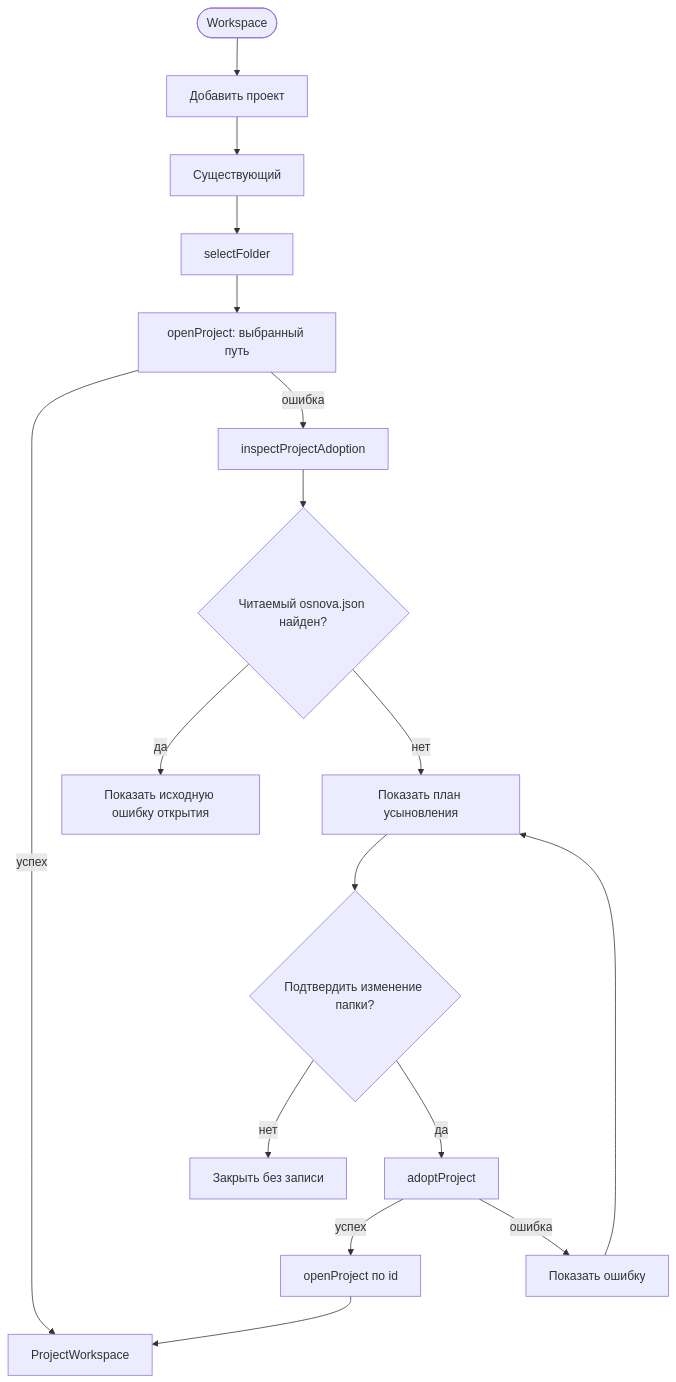
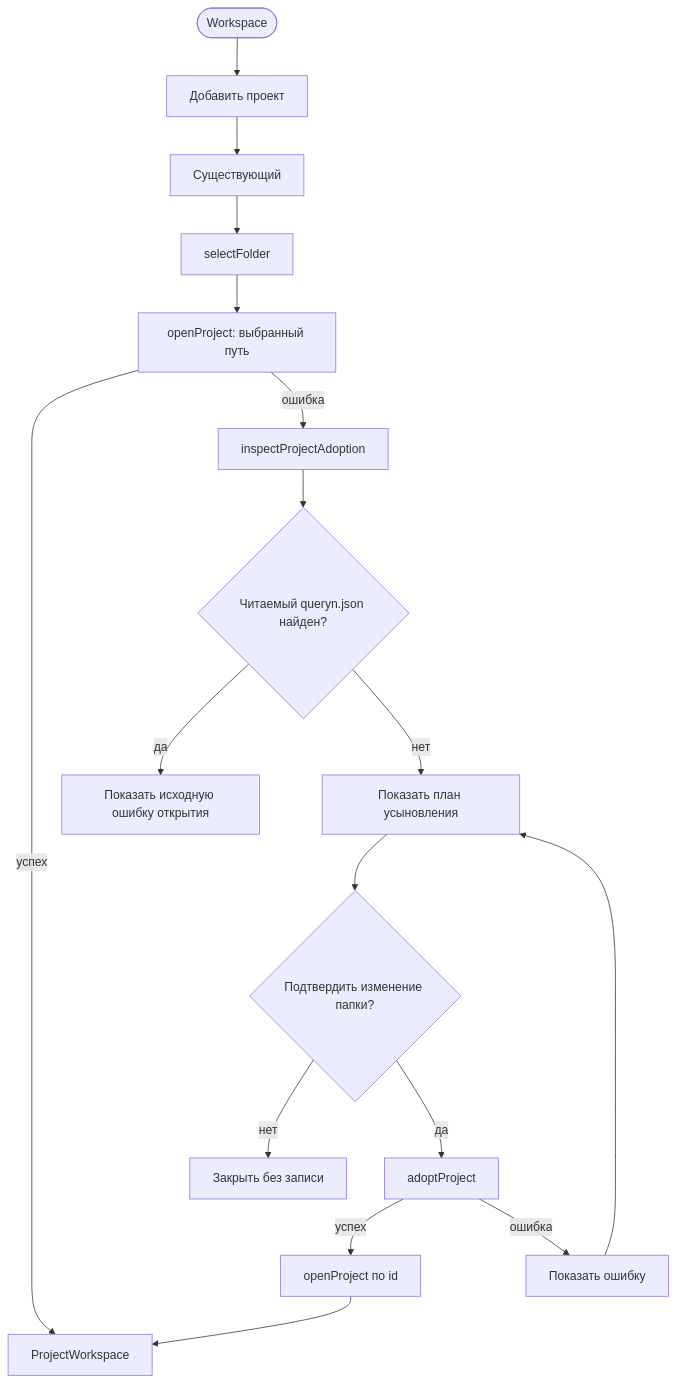
Before and after one commit to Queryn-labs/queryn-docs: the diagram in docs/product/flows/adopt-folder.md, drawn with Mermaid. The commit also changed other lines of this file and 48 other files, not shown here.

```diff
--- a/docs/product/flows/adopt-folder.md
+++ b/docs/product/flows/adopt-folder.md
@@ -19,19 +19,19 @@
 ~~~mermaid
 flowchart TD
   Start([Workspace]) --> Add["Добавить проект"]
   Add --> Existing["Существующий"]
   Existing --> Select["selectFolder"]
   Select --> Open["openProject: выбранный путь"]
   Open -->|успех| Project["ProjectWorkspace"]
   Open -->|ошибка| Inspect["inspectProjectAdoption"]
-  Inspect --> Manifest{"Читаемый osnova.json найден?"}
+  Inspect --> Manifest{"Читаемый queryn.json найден?"}
   Manifest -->|да| OpenError["Показать исходную ошибку открытия"]
   Manifest -->|нет| Plan["Показать план усыновления"]
   Plan --> Confirm{"Подтвердить изменение папки?"}
   Confirm -->|нет| Cancel["Закрыть без записи"]
   Confirm -->|да| Adopt["adoptProject"]
   Adopt -->|успех| Reopen["openProject по id"]
   Reopen --> Project
   Adopt -->|ошибка| AdoptError["Показать ошибку"]
   AdoptError --> Plan
 ~~~
```
